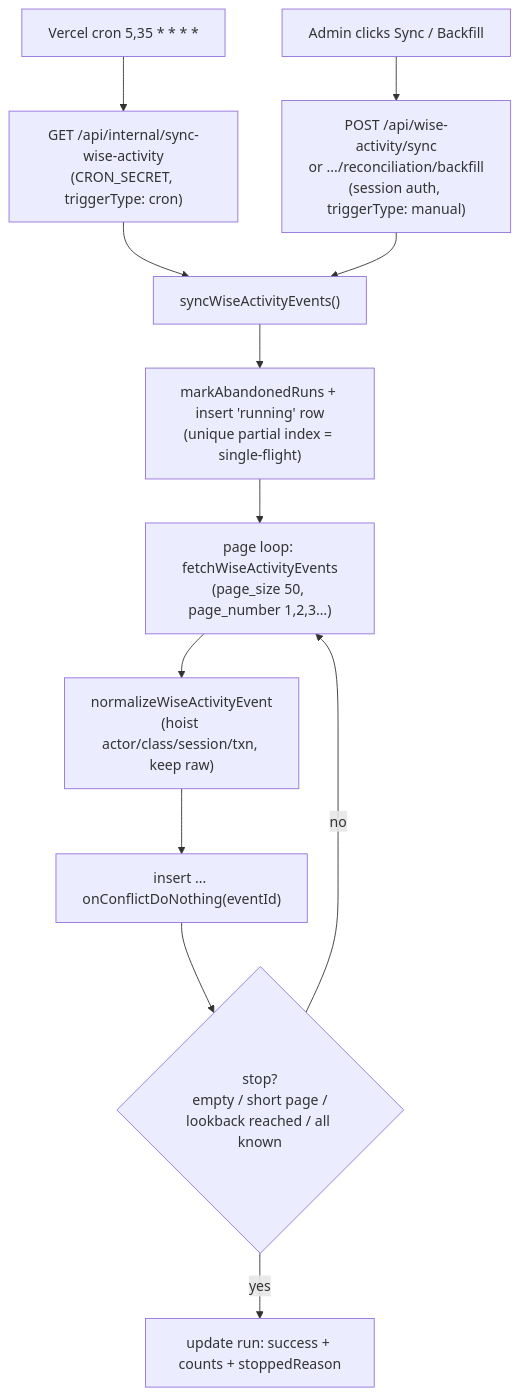
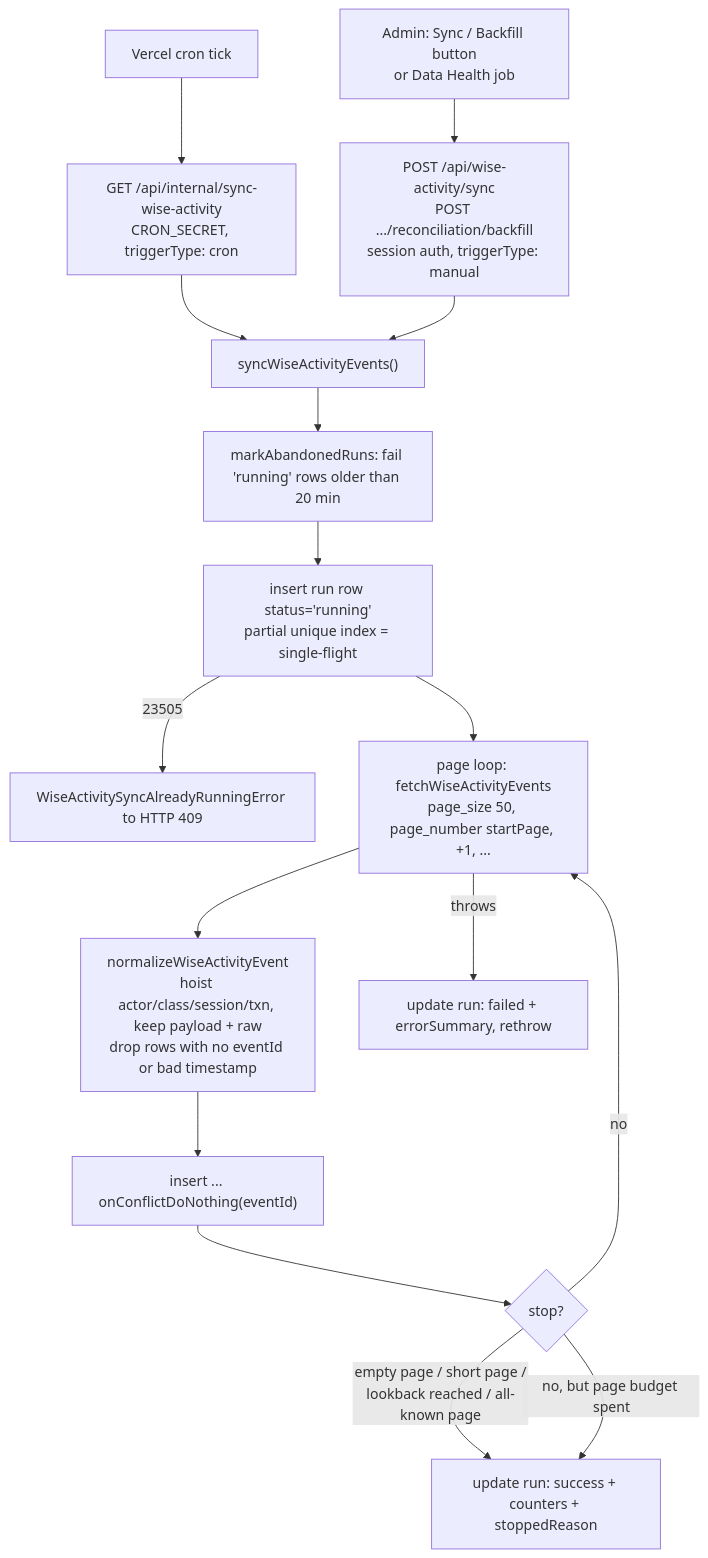
One commit to kasheesh711/bgscheduler changed the first of 2 diagrams in docs/features/wise-activity-audit.md. Above: the diagram before and after it, drawn with Mermaid. The commit also changed other lines of this file and 71 other files, not shown here.

````diff
--- a/docs/features/wise-activity-audit.md
+++ b/docs/features/wise-activity-audit.md
@@ -65,14 +79,18 @@
 ```mermaid
 flowchart TD
-  Cron["Vercel cron 5,35 * * * *"] --> CronRoute["GET /api/internal/sync-wise-activity\n(CRON_SECRET, triggerType: cron)"]
-  Admin["Admin clicks Sync / Backfill"] --> ManualRoute["POST /api/wise-activity/sync\nor .../reconciliation/backfill\n(session auth, triggerType: manual)"]
+  Cron["Vercel cron tick"] --> CronRoute["GET /api/internal/sync-wise-activity<br/>CRON_SECRET, triggerType: cron"]
+  Admin["Admin: Sync / Backfill button<br/>or Data Health job"] --> ManualRoute["POST /api/wise-activity/sync<br/>POST .../reconciliation/backfill<br/>session auth, triggerType: manual"]
   CronRoute --> Sync["syncWiseActivityEvents()"]
   ManualRoute --> Sync
-  Sync --> Guard["markAbandonedRuns + insert 'running' row\n(unique partial index = single-flight)"]
-  Guard --> Loop["page loop: fetchWiseActivityEvents\n(page_size 50, page_number 1,2,3…)"]
-  Loop --> Norm["normalizeWiseActivityEvent\n(hoist actor/class/session/txn, keep raw)"]
-  Norm --> Upsert["insert ... onConflictDoNothing(eventId)"]
-  Upsert --> Stop{"stop?\nempty / short page /\nlookback reached / all known"}
+  Sync --> Reap["markAbandonedRuns: fail 'running' rows older than 20 min"]
+  Reap --> Claim["insert run row status='running'<br/>partial unique index = single-flight"]
+  Claim -->|23505| Conflict["WiseActivitySyncAlreadyRunningError to HTTP 409"]
+  Claim --> Loop["page loop: fetchWiseActivityEvents<br/>page_size 50, page_number startPage, +1, ..."]
+  Loop --> Norm["normalizeWiseActivityEvent<br/>hoist actor/class/session/txn, keep payload + raw<br/>drop rows with no eventId or bad timestamp"]
+  Norm --> Insert["insert ... onConflictDoNothing(eventId)"]
+  Insert --> Stop{"stop?"}
+  Stop -->|"empty page / short page /<br/>lookback reached / all-known page"| Finish["update run: success + counters + stoppedReason"]
+  Stop -->|"no, but page budget spent"| Finish
   Stop -->|no| Loop
-  Stop -->|yes| Finish["update run: success + counts + stoppedReason"]
+  Loop -->|throws| Fail["update run: failed + errorSummary, rethrow"]
 ```
````
